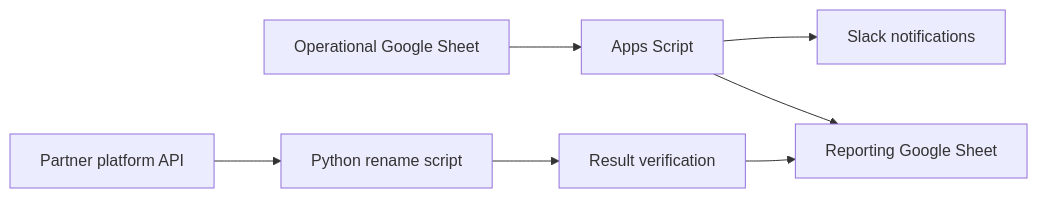
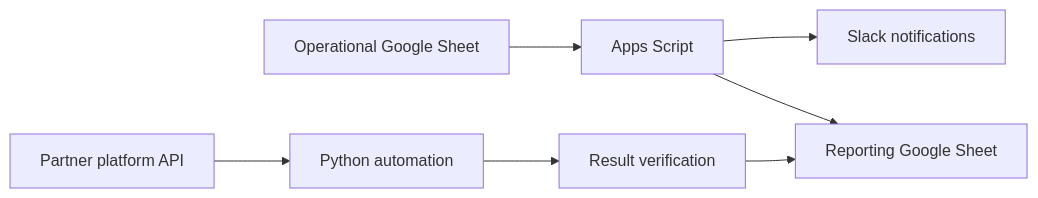
One commit to AntifrizRr/my-scripts changed the diagram in README.md. Above: the diagram before and after it, drawn with Mermaid. The commit also changed other lines of this file, not shown here.

````diff
--- a/README.md
+++ b/README.md
@@ -27,9 +51,9 @@
 ```mermaid
 flowchart LR
     A[Operational Google Sheet] --> B[Apps Script]
     B --> C[Slack notifications]
     B --> D[Reporting Google Sheet]
-    E[Partner platform API] --> F[Python rename script]
+    E[Partner platform API] --> F[Python automation]
     F --> G[Result verification]
     G --> D
 ```
````
